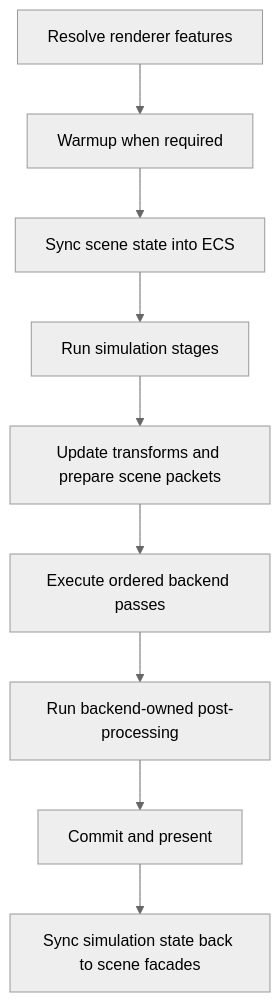
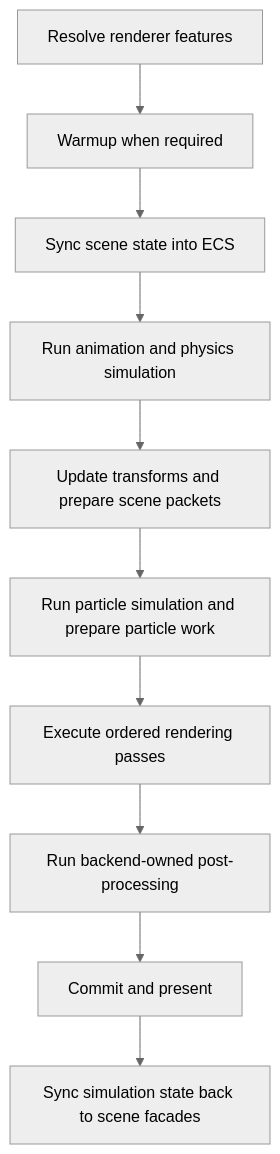
The first of 2 diagrams in docs/architecture/rendering.md (Kunelinmc/IgnisRenderer), drawn with Mermaid (neutral theme) before and after one commit. The commit also changed 23 other files, not shown here.

First line of the commit message:
refactor(webgpu)!: seal particle simulation with deferred frame resources

````diff
--- a/docs/architecture/rendering.md
+++ b/docs/architecture/rendering.md
@@ -9,11 +9,12 @@
 ```mermaid
 flowchart TD
 	A["Resolve renderer features"] --> B["Warmup when required"]
 	B --> C["Sync scene state into ECS"]
-	C --> D["Run simulation stages"]
+	C --> D["Run animation and physics simulation"]
 	D --> E["Update transforms and prepare scene packets"]
-	E --> F["Execute ordered backend passes"]
+	E --> P["Run particle simulation and prepare particle work"]
+	P --> F["Execute ordered rendering passes"]
 	F --> G["Run backend-owned post-processing"]
 	G --> H["Commit and present"]
 	H --> I["Sync simulation state back to scene facades"]
 ```
````
